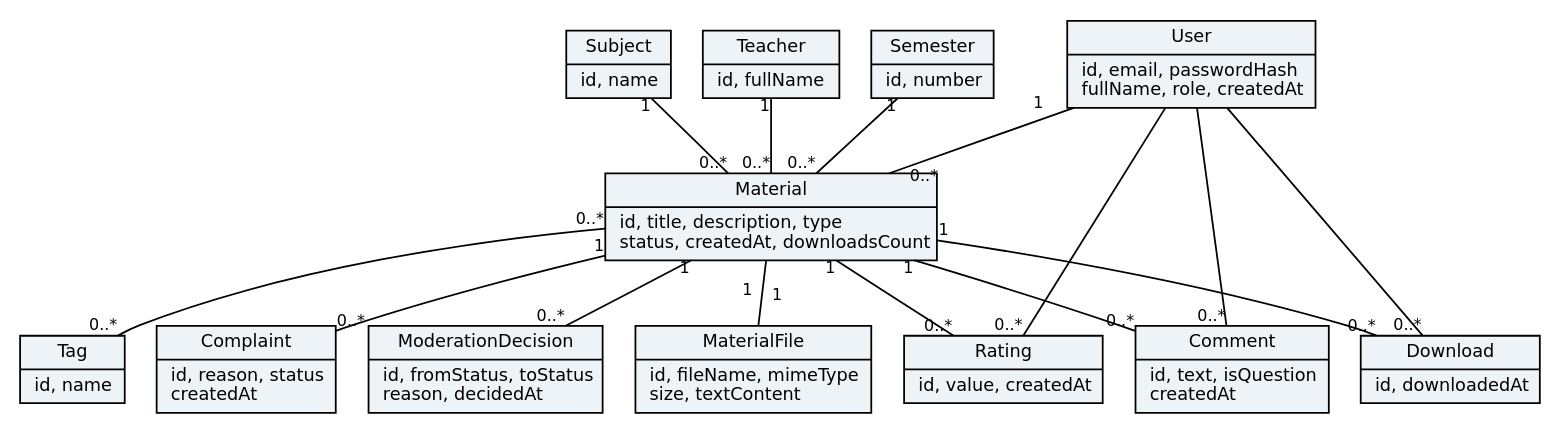
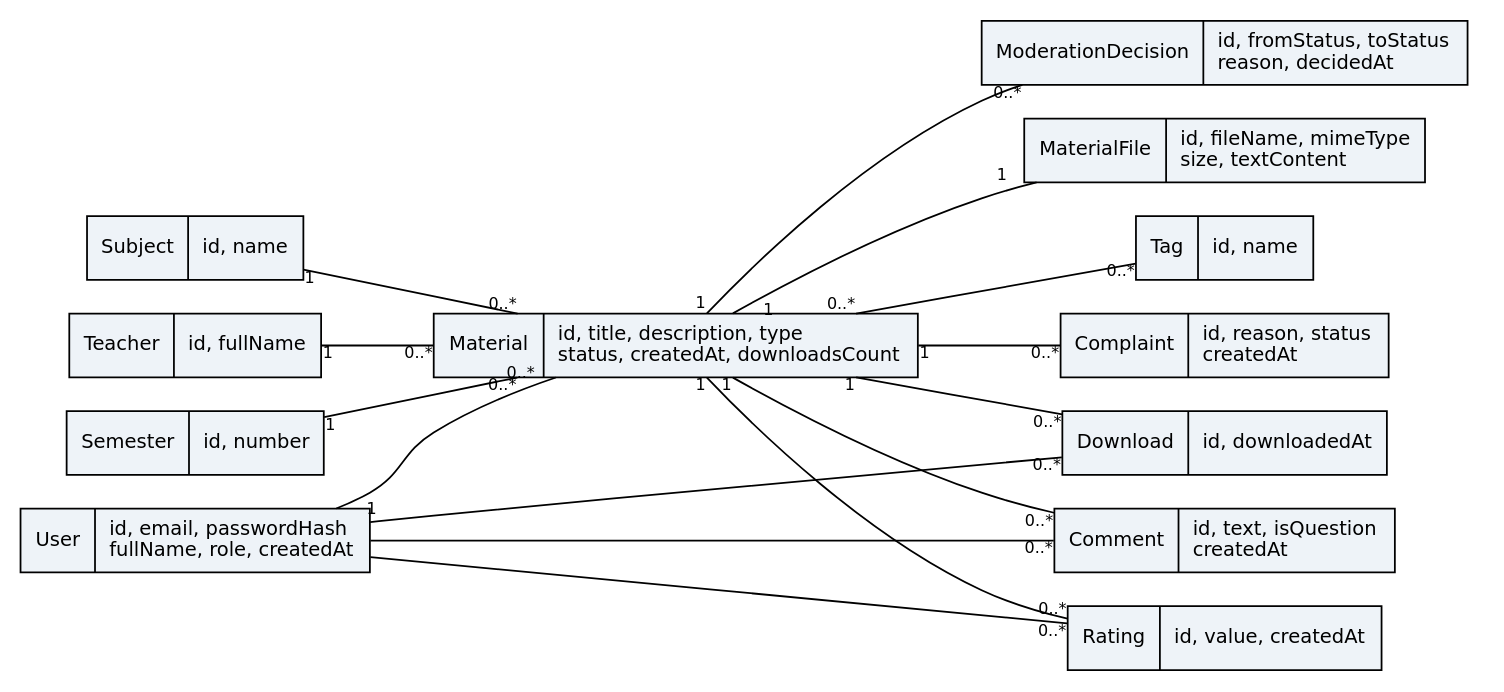
Before and after one commit to plightick/SDLC: the diagram in srs/sysml/domain.dot, drawn with Graphviz. The commit also changed 16 other files, not shown here.

```diff
--- a/srs/sysml/domain.dot
+++ b/srs/sysml/domain.dot
@@ -1,11 +1,11 @@
-digraph G{rankdir=TB;node[shape=record,fontname="DejaVu Sans",fontsize=10,style=filled,fillcolor="#eef3f8"];edge[fontname="DejaVu Sans",fontsize=9,arrowhead=none]
+digraph G{rankdir=LR;node[shape=record,fontname="DejaVu Sans",fontsize=11,style=filled,fillcolor="#eef3f8"];edge[fontname="DejaVu Sans",fontsize=9,arrowhead=none]
 User[label="{User|id, email, passwordHash\lfullName, role, createdAt\l}"]
 Material[label="{Material|id, title, description, type\lstatus, createdAt, downloadsCount\l}"]
 MaterialFile[label="{MaterialFile|id, fileName, mimeType\lsize, textContent\l}"]
 Subject[label="{Subject|id, name\l}"];Teacher[label="{Teacher|id, fullName\l}"];Semester[label="{Semester|id, number\l}"];Tag[label="{Tag|id, name\l}"]
 Rating[label="{Rating|id, value, createdAt\l}"];Comment[label="{Comment|id, text, isQuestion\lcreatedAt\l}"];Download[label="{Download|id, downloadedAt\l}"]
 Complaint[label="{Complaint|id, reason, status\lcreatedAt\l}"];Decision[label="{ModerationDecision|id, fromStatus, toStatus\lreason, decidedAt\l}"]
 User->Material[taillabel="1",headlabel="0..*",labeldistance=2];Material->MaterialFile[taillabel="1",headlabel="1",labeldistance=2]
 Subject->Material[taillabel="1",headlabel="0..*"];Teacher->Material[taillabel="1",headlabel="0..*"];Semester->Material[taillabel="1",headlabel="0..*"]
 Material->Tag[taillabel="0..*",headlabel="0..*"];Material->Rating[taillabel="1",headlabel="0..*"];Material->Comment[taillabel="1",headlabel="0..*"];Material->Download[taillabel="1",headlabel="0..*"];Material->Complaint[taillabel="1",headlabel="0..*"];Material->Decision[taillabel="1",headlabel="0..*"]
 User->Rating[headlabel="0..*"];User->Comment[headlabel="0..*"];User->Download[headlabel="0..*"]}
```
